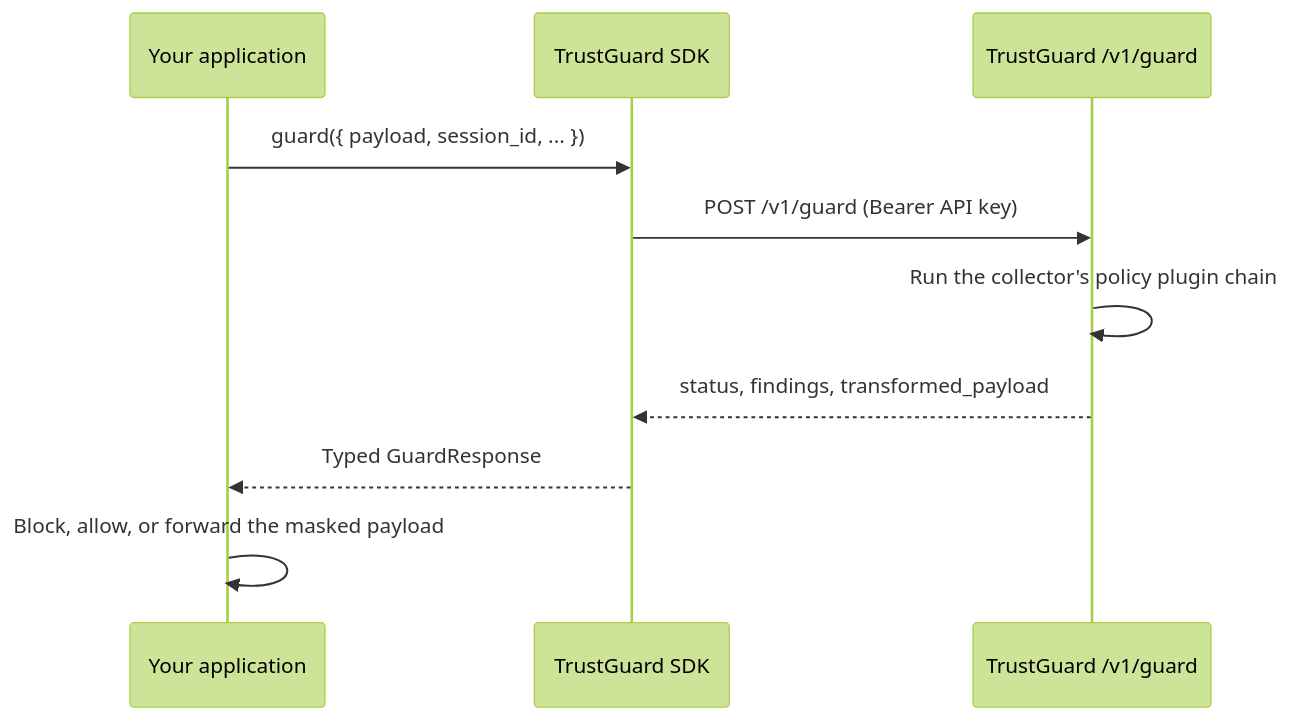
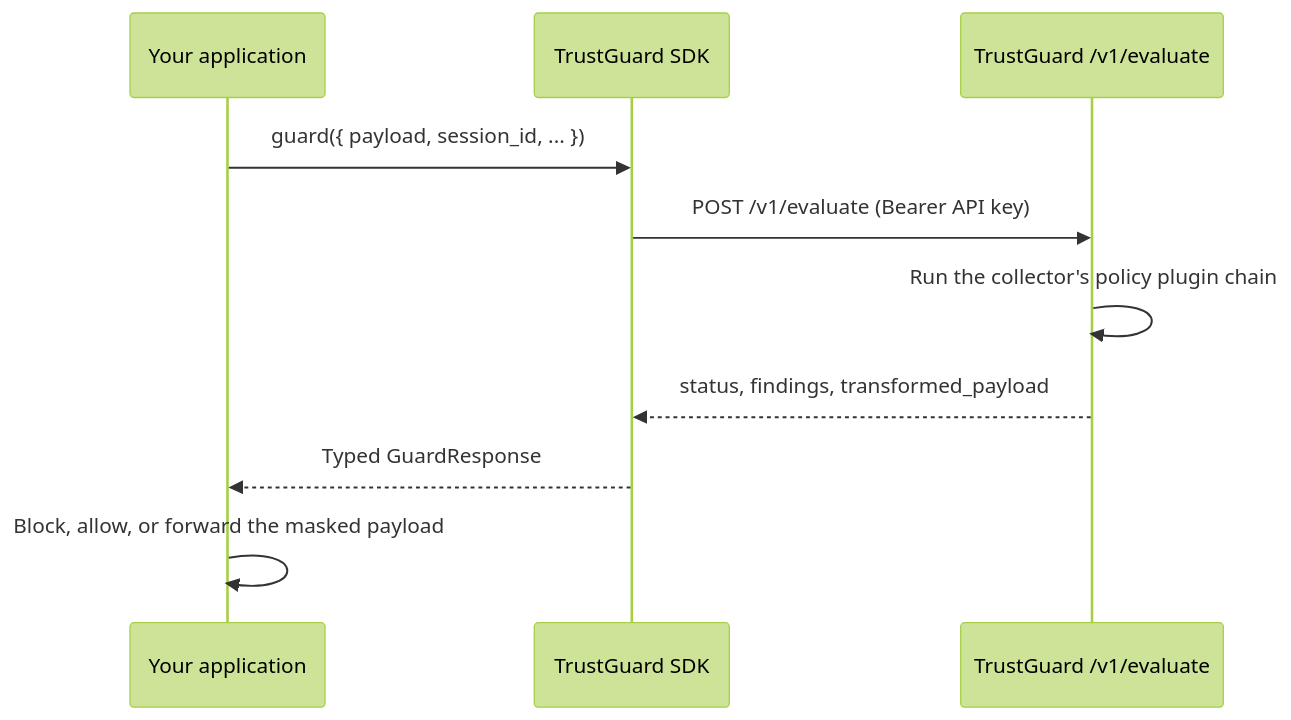
One commit to NeuralTrust/trustguard-sdk changed the diagram in README.md. Above: the diagram before and after it, drawn with Mermaid (forest theme). The commit also changed other lines of this file and 22 other files, not shown here.

First line of the commit message:
feat: target POST /v1/evaluate with nested findings

````diff
--- a/README.md
+++ b/README.md
@@ -21,13 +21,13 @@
 ```mermaid
 sequenceDiagram
     participant App as Your application
     participant SDK as TrustGuard SDK
-    participant TG as TrustGuard /v1/guard
+    participant TG as TrustGuard /v1/evaluate
 
     App->>SDK: guard({ payload, session_id, ... })
-    SDK->>TG: POST /v1/guard (Bearer API key)
+    SDK->>TG: POST /v1/evaluate (Bearer API key)
     TG->>TG: Run the collector's policy plugin chain
     TG-->>SDK: status, findings, transformed_payload
     SDK-->>App: Typed GuardResponse
     App->>App: Block, allow, or forward the masked payload
 ```
````
